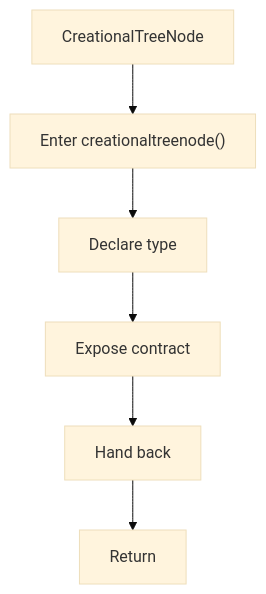
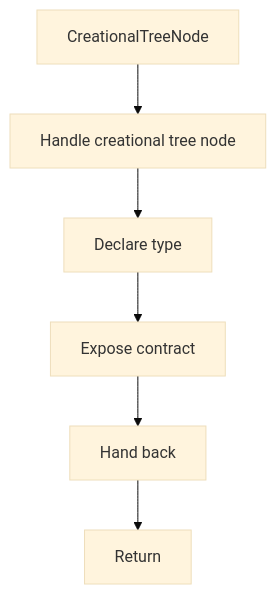
Before and after one commit to JohnAndrewBalbarosa/NeoTerritory: the diagram in docs/Codebase/Microservice/Modules/Header/SyntacticBrokenAST/Trees/Broken/Creational/Flow/functions/creationaltreenode.hpp.md, drawn with Mermaid (base theme). The commit also changed other lines of this file and 915 other files, not shown here.

````diff
--- a/docs/Codebase/Microservice/Modules/Header/SyntacticBrokenAST/Trees/Broken/Creational/Flow/functions/creationaltreenode.hpp.md
+++ b/docs/Codebase/Microservice/Modules/Header/SyntacticBrokenAST/Trees/Broken/Creational/Flow/functions/creationaltreenode.hpp.md
@@ -16,14 +16,14 @@
 ```mermaid
 flowchart TD
     Start["CreationalTreeNode"]
-    N0["Enter creationaltreenode()"]
+    N0["Handle creational tree node"]
     N1["Declare type"]
     N2["Expose contract"]
     N3["Hand back"]
     End["Return"]
     Start --> N0
     N0 --> N1
     N1 --> N2
     N2 --> N3
     N3 --> End
 ```
````
